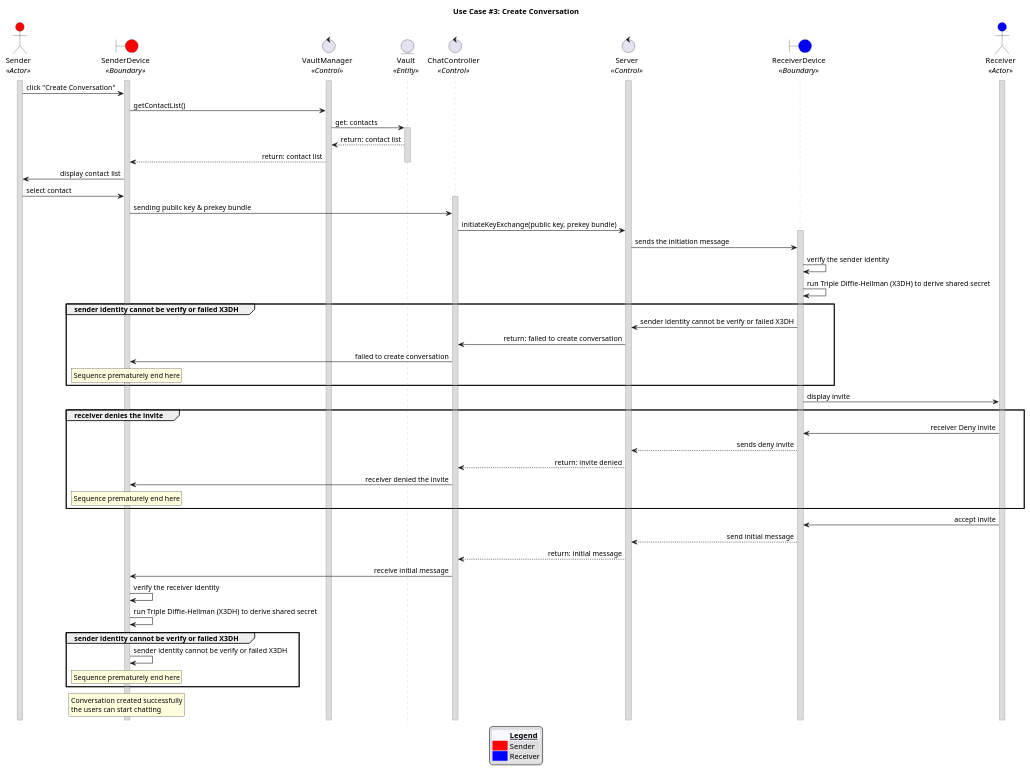
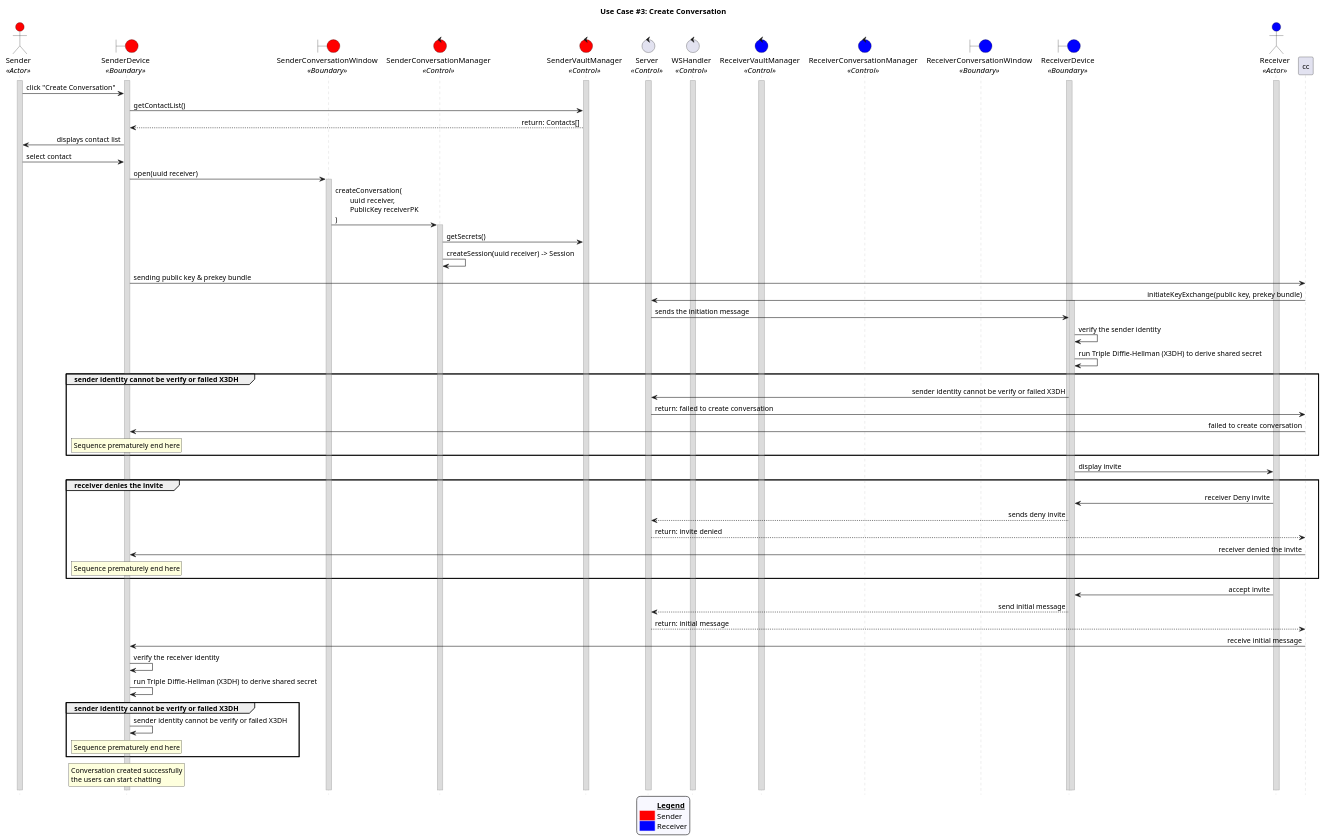
Before and after one commit to CECS-491-SP24-Group-1/seq-diagrams: the diagram in uc_03.puml, drawn with PlantUML.

Commit message:
Reformat uc03

```diff
--- a/uc_03.puml
+++ b/uc_03.puml
@@ -1,110 +1,126 @@
 @startuml uc03
 title "Use Case #3: Create Conversation"
 
 'Styling goes here
 hide footbox
 skinparam stereotypePosition bottom
 skinparam sequenceMessageAlign direction
 skinparam sequence {
 	LifeLineBorderColor #Silver
 	LifeLineBackgroundColor #Gainsboro
 }
 
+'Add a legend plus styling
+skinparam legend {
+	backgroundColor #GhostWhite
+	entrySeparator #GhostWhite
+}
+
+legend bottom
+	<#GhostWhite,#GhostWhite>|	|= __Legend__ |
+	|<#red> | Sender|
+	|<#blue> | Receiver|
+endlegend
+
 'Setup the objects involved here
 actor Sender as s <<Actor>> #red
 boundary SenderDevice as sd <<Boundary>> #red
-control VaultManager as vm <<Control>>
-entity Vault as v <<Entity>>
-control ChatController as cc <<Control>>
+boundary SenderConversationWindow as scw <<Boundary>> #red
+control SenderConversationManager as scm <<Control>> #red
+control SenderVaultManager as svm <<Control>> #red
 control Server as srv <<Control>>
+control WSHandler as ws <<Control>>
+control ReceiverVaultManager as rvm <<Control>> #blue
+control ReceiverConversationManager as rcm <<Control>> #blue
+boundary ReceiverConversationWindow as rcw <<Boundary>> #blue
 boundary ReceiverDevice as rd <<Boundary>> #blue
 actor Receiver as r <<Actor>> #blue
 
-
 'Setup persistent objects here
 activate s
+activate sd
+activate svm
 activate srv
+activate ws
+activate rvm
+activate rd
 activate r
-activate sd
-activate vm
 
 '--- FLOW OF CONTROL STARTS HERE ---
+'Sender press creates conversation and select the user from the contact list. The sender's vault manager gets the user's details.
+s -> sd: click "Create Conversation"
+sd -> svm: getContactList()
+svm --> sd: return: Contacts[]
+sd -> s: displays contact list
+s -> sd: select contact
 
-' Sender press creates conversation and select the user from the contact list
-s -> sd: click "Create Conversation"
-sd -> vm: getContactList()
-vm -> v: get: contacts
-activate v
-v --> vm: return: contact list
-vm --> sd: return: contact list
-deactivate v
+'Sender's device creates a new conversation handler and window and performs the first steps of the cryptographic key exchange operation.
+sd -> scw: open(uuid receiver)
+activate scw
+scw -> scm: createConversation(\n\tuuid receiver, \n\tPublicKey receiverPK\n)
+activate scm
+scm -> svm: getSecrets()
+scm -> scm: createSession(uuid receiver) -> Session
 
-sd -> s: display contact list
-s -> sd: select contact
-activate cc
+
+'---------------------------------------------------
 
 ' Sender device sends the public key and prekey bundle to the server
 sd -> cc: sending public key & prekey bundle
 cc -> srv: initiateKeyExchange(public key, prekey bundle)
 
 ' Server sends the initiation message to the receiver device and receiver device verifies the sender identity
 activate rd
 srv -> rd: sends the initiation message
 rd -> rd: verify the sender identity
 rd -> rd: run Triple Diffie-Hellman (X3DH) to derive shared secret
 
 ' Failed Case: Sender identity cannot be verify or failed X3DH
 group sender identity cannot be verify or failed X3DH
 	rd -> srv: sender identity cannot be verify or failed X3DH
 	srv -> cc: return: failed to create conversation
 	cc -> sd: failed to create conversation
 	rnote over sd
 	Sequence prematurely end here
 	end note
 end
 
 ' Default case: Sender identity verified and X3DH success
 rd -> r: display invite
 
 ' Failed Case: Receiver denies the invite
 group receiver denies the invite
 	r -> rd: receiver Deny invite
 	rd --> srv: sends deny invite
 	srv --> cc: return: invite denied
 	cc -> sd: receiver denied the invite
 	rnote over sd
 	Sequence prematurely end here
 	end note
 end
 
 ' Receiver accepts the invite
 r -> rd: accept invite
 rd --> srv: send initial message
 srv --> cc: return: initial message
 cc -> sd: receive initial message
 
 ' Sender device receives the initial message and verify the receiver identity
 sd -> sd: verify the receiver identity
 sd -> sd: run Triple Diffie-Hellman (X3DH) to derive shared secret
 
 ' Failed Case: Receiver identity cannot be verify or failed X3DH
 group sender identity cannot be verify or failed X3DH
 	sd -> sd: sender identity cannot be verify or failed X3DH
 	rnote over sd
 	Sequence prematurely end here
 	end note
 end
 
 rnote over sd
   Conversation created successfully
   the users can start chatting
 end note
 
-legend bottom
-	<#GhostWhite,#GhostWhite>|	|= __Legend__ |
-	|<#red> | Sender|
-	|<#blue> | Receiver|
-endlegend
-
 '--- FLOW OF CONTROL ENDS HERE   ---
 @enduml
```
